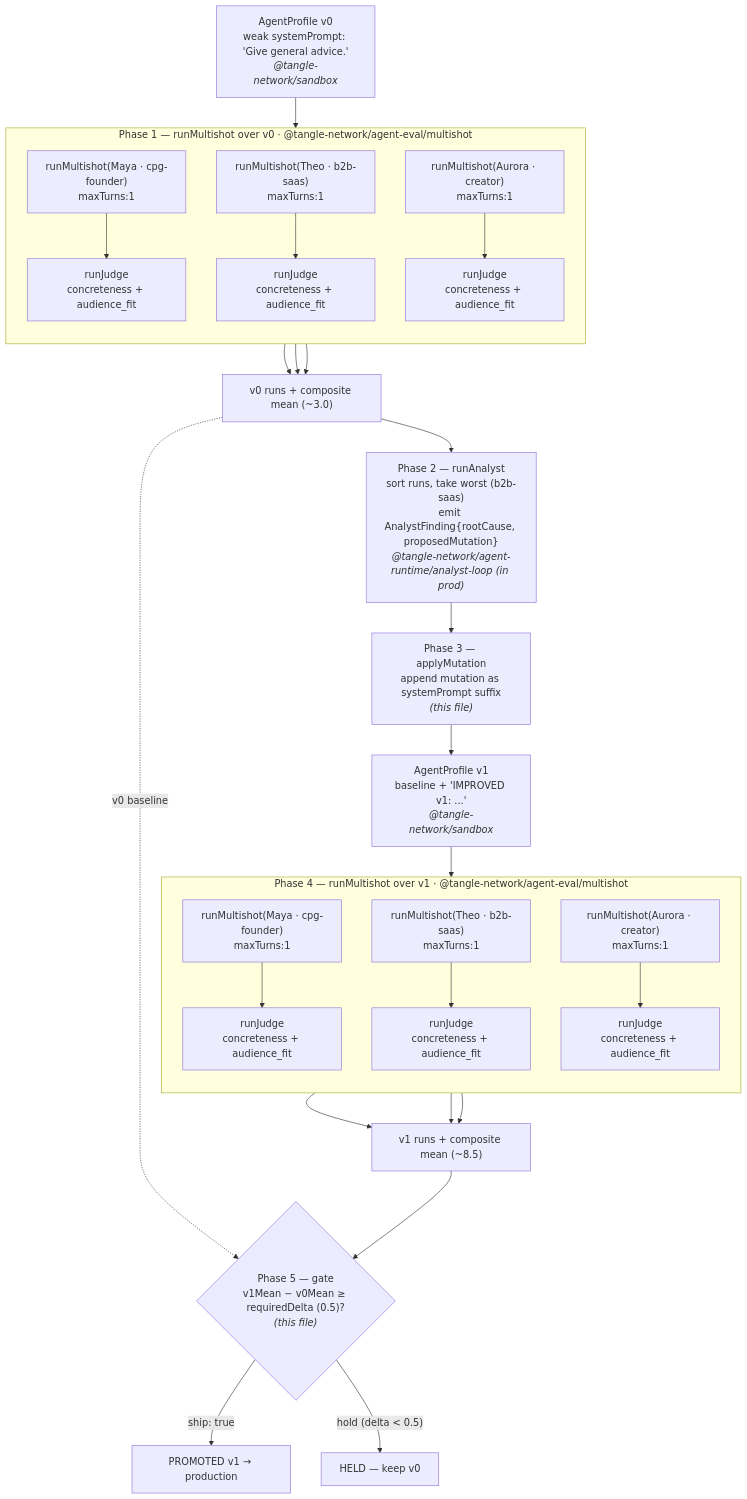
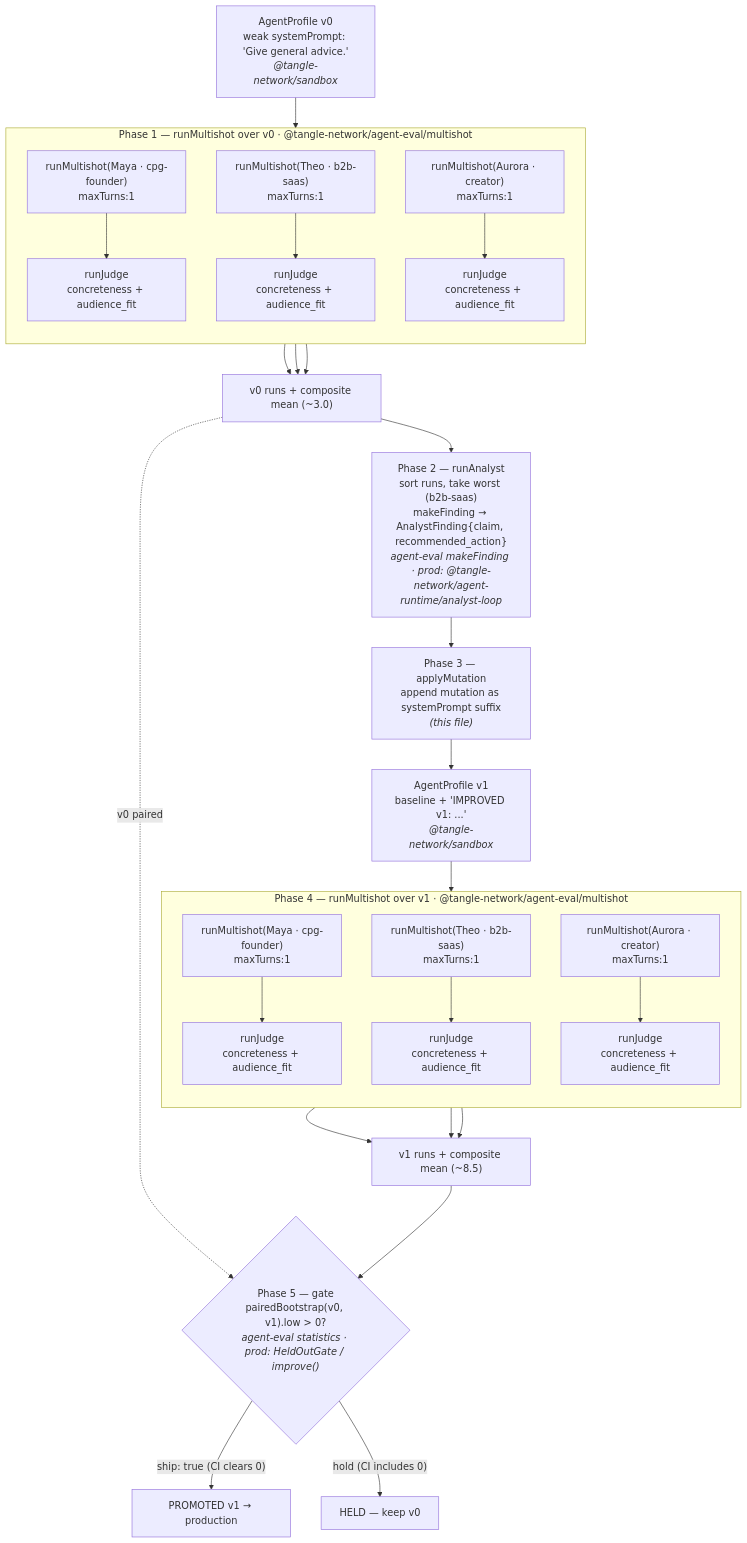
The diagram in examples/self-improving-loop/README.md (tangle-network/agent-runtime), drawn with Mermaid before and after one commit. The commit also changed other lines of this file and 3 other files, not shown here.

````diff
--- a/examples/self-improving-loop/README.md
+++ b/examples/self-improving-loop/README.md
@@ -17,39 +22,39 @@
 ```mermaid
 flowchart TD
   v0["AgentProfile v0<br/>weak systemPrompt: 'Give general advice.'<br/><i>@tangle-network/sandbox</i>"]
 
   subgraph P1["Phase 1 — runMultishot over v0 · @tangle-network/agent-eval/multishot"]
     direction TB
     m0maya["runMultishot(Maya · cpg-founder)<br/>maxTurns:1"] --> j0maya["runJudge<br/>concreteness + audience_fit"]
     m0theo["runMultishot(Theo · b2b-saas)<br/>maxTurns:1"] --> j0theo["runJudge<br/>concreteness + audience_fit"]
     m0aur["runMultishot(Aurora · creator)<br/>maxTurns:1"] --> j0aur["runJudge<br/>concreteness + audience_fit"]
   end
 
   v0 --> P1
   j0maya --> v0mean["v0 runs + composite mean (~3.0)"]
   j0theo --> v0mean
   j0aur --> v0mean
 
-  v0mean --> P2["Phase 2 — runAnalyst<br/>sort runs, take worst (b2b-saas)<br/>emit AnalystFinding{rootCause, proposedMutation}<br/><i>@tangle-network/agent-runtime/analyst-loop (in prod)</i>"]
+  v0mean --> P2["Phase 2 — runAnalyst<br/>sort runs, take worst (b2b-saas)<br/>makeFinding → AnalystFinding{claim, recommended_action}<br/><i>agent-eval makeFinding · prod: @tangle-network/agent-runtime/analyst-loop</i>"]
 
   P2 --> P3["Phase 3 — applyMutation<br/>append mutation as systemPrompt suffix<br/><i>(this file)</i>"]
   P3 --> v1["AgentProfile v1<br/>baseline + 'IMPROVED v1: ...'<br/><i>@tangle-network/sandbox</i>"]
 
   subgraph P4["Phase 4 — runMultishot over v1 · @tangle-network/agent-eval/multishot"]
     direction TB
     m1maya["runMultishot(Maya · cpg-founder)<br/>maxTurns:1"] --> j1maya["runJudge<br/>concreteness + audience_fit"]
     m1theo["runMultishot(Theo · b2b-saas)<br/>maxTurns:1"] --> j1theo["runJudge<br/>concreteness + audience_fit"]
     m1aur["runMultishot(Aurora · creator)<br/>maxTurns:1"] --> j1aur["runJudge<br/>concreteness + audience_fit"]
   end
 
   v1 --> P4
   j1maya --> v1mean["v1 runs + composite mean (~8.5)"]
   j1theo --> v1mean
   j1aur --> v1mean
 
-  v0mean -.v0 baseline.-> gate
-  v1mean --> gate{"Phase 5 — gate<br/>v1Mean − v0Mean ≥ requiredDelta (0.5)?<br/><i>(this file)</i>"}
+  v0mean -.v0 paired.-> gate
+  v1mean --> gate{"Phase 5 — gate<br/>pairedBootstrap(v0, v1).low &gt; 0?<br/><i>agent-eval statistics · prod: HeldOutGate / improve()</i>"}
 
-  gate -->|"ship: true"| promoted["PROMOTED v1 → production"]
-  gate -->|"hold (delta < 0.5)"| held["HELD — keep v0"]
+  gate -->|"ship: true (CI clears 0)"| promoted["PROMOTED v1 → production"]
+  gate -->|"hold (CI includes 0)"| held["HELD — keep v0"]
 ```
````
